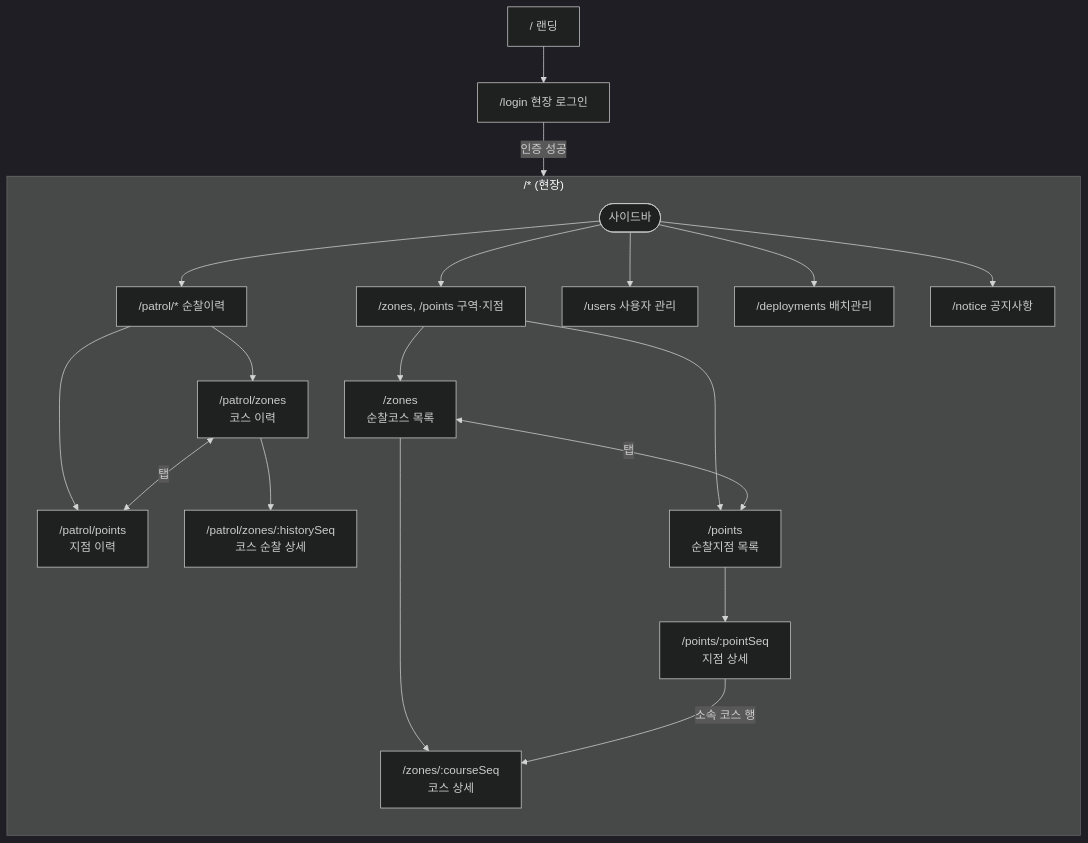
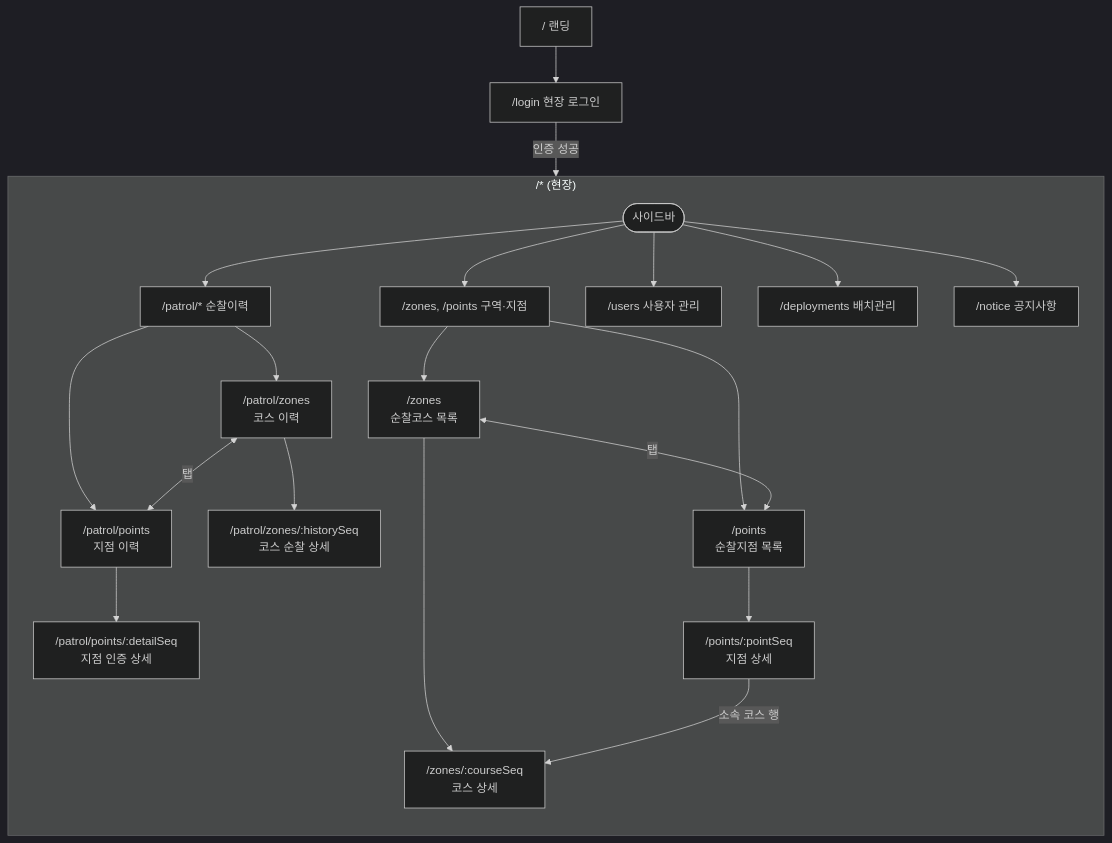
The second of 15 diagrams in docs/flow.md (S-Tec-System-R-D/s-patrol_fe), drawn with Mermaid before and after one commit. The commit also changed other lines of this file and 7 other files, not shown here.

````diff
--- a/docs/flow.md
+++ b/docs/flow.md
@@ -83,31 +83,32 @@
 ```mermaid
 %%{init: {'theme':'dark'}}%%
 flowchart TB
     Landing["/ 랜딩"]
     Login["/login 현장 로그인"]
     Landing --> Login
 
     subgraph Service["/* (현장)"]
         direction TB
         SBar([사이드바])
         SBar --> Patrol["/patrol/* 순찰이력"]
         SBar --> ZP["/zones, /points 구역·지점"]
         SBar --> Users["/users 사용자 관리"]
         SBar --> Deploy["/deployments 배치관리"]
         SBar --> Notice["/notice 공지사항"]
 
         Patrol --> PZ["/patrol/zones<br/>코스 이력"]
         Patrol --> PP["/patrol/points<br/>지점 이력"]
         PZ <-->|탭| PP
         PZ --> PZD["/patrol/zones/:historySeq<br/>코스 순찰 상세"]
+        PP --> PPD["/patrol/points/:detailSeq<br/>지점 인증 상세"]
 
         ZP --> Z["/zones<br/>순찰코스 목록"]
         ZP --> P["/points<br/>순찰지점 목록"]
         Z --> ZD["/zones/:courseSeq<br/>코스 상세"]
         P --> PD["/points/:pointSeq<br/>지점 상세"]
         PD -- "소속 코스 행" --> ZD
         Z <-->|탭| P
     end
 
     Login -- 인증 성공 --> SBar
 ```
````
